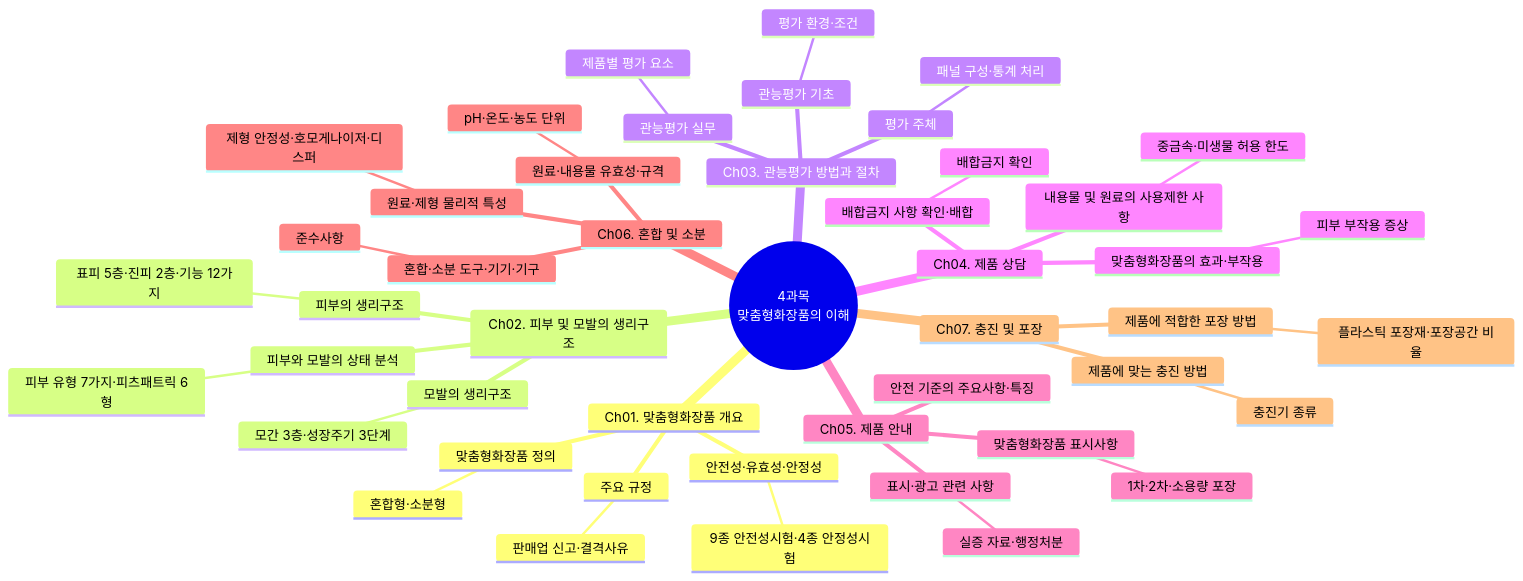
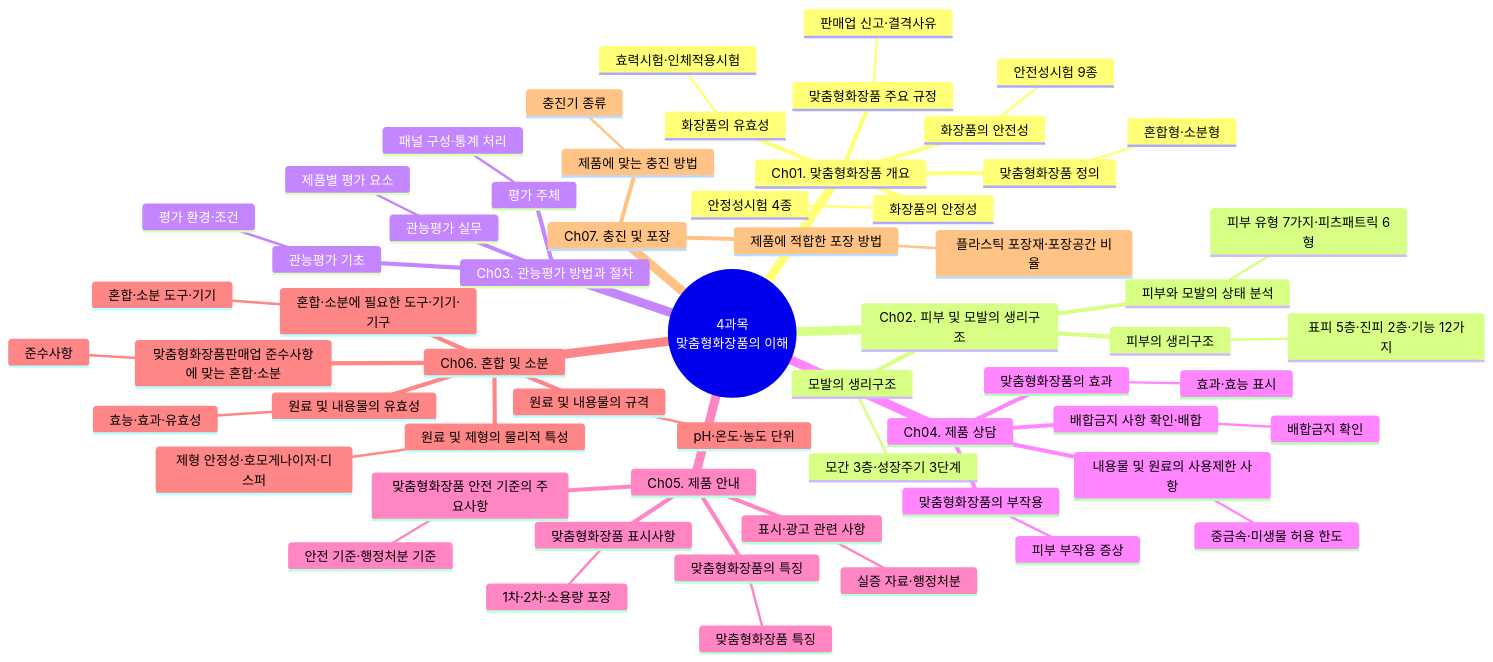
Before and after one commit to skygoldlee-cyber/Personalized_Skincare: the first of 23 diagrams in content/교재/understanding/4과목_맞춤형화장품의이해_이야기형.md, drawn with Mermaid. The commit also changed other lines of this file and 8 other files, not shown here.

````diff
--- a/content/교재/understanding/4과목_맞춤형화장품의이해_이야기형.md
+++ b/content/교재/understanding/4과목_맞춤형화장품의이해_이야기형.md
@@ -204,50 +204,63 @@
 ```mermaid
 mindmap
   root((4과목<br/>맞춤형화장품의 이해))
     Ch01. 맞춤형화장품 개요
       맞춤형화장품 정의
         혼합형·소분형
-      주요 규정
+      맞춤형화장품 주요 규정
         판매업 신고·결격사유
-      안전성·유효성·안정성
-        9종 안전성시험·4종 안정성시험
+      화장품의 안전성
+        안전성시험 9종
+      화장품의 유효성
+        효력시험·인체적용시험
+      화장품의 안정성
+        안정성시험 4종
     Ch02. 피부 및 모발의 생리구조
       피부의 생리구조
         표피 5층·진피 2층·기능 12가지
       모발의 생리구조
         모간 3층·성장주기 3단계
       피부와 모발의 상태 분석
         피부 유형 7가지·피츠패트릭 6형
     Ch03. 관능평가 방법과 절차
       관능평가 기초
         평가 환경·조건
       관능평가 실무
         제품별 평가 요소
       평가 주체
         패널 구성·통계 처리
     Ch04. 제품 상담
-      맞춤형화장품의 효과·부작용
+      맞춤형화장품의 효과
+        효과·효능 표시
+      맞춤형화장품의 부작용
         피부 부작용 증상
       배합금지 사항 확인·배합
         배합금지 확인
       내용물 및 원료의 사용제한 사항
         중금속·미생물 허용 한도
     Ch05. 제품 안내
       맞춤형화장품 표시사항
         1차·2차·소용량 포장
       표시·광고 관련 사항
         실증 자료·행정처분
-      안전 기준의 주요사항·특징
+      맞춤형화장품 안전 기준의 주요사항
+        안전 기준·행정처분 기준
+      맞춤형화장품의 특징
+        맞춤형화장품 특징
     Ch06. 혼합 및 소분
-      원료·제형 물리적 특성
+      원료 및 제형의 물리적 특성
         제형 안정성·호모게나이저·디스퍼
-      원료·내용물 유효성·규격
+      원료 및 내용물의 유효성
+        효능·효과·유효성
+      원료 및 내용물의 규격
         pH·온도·농도 단위
-      혼합·소분 도구·기기·기구
+      혼합·소분에 필요한 도구·기기·기구
+        혼합·소분 도구·기기
+      맞춤형화장품판매업 준수사항에 맞는 혼합·소분
         준수사항
     Ch07. 충진 및 포장
       제품에 맞는 충진 방법
         충진기 종류
       제품에 적합한 포장 방법
         플라스틱 포장재·포장공간 비율
 ```
````
